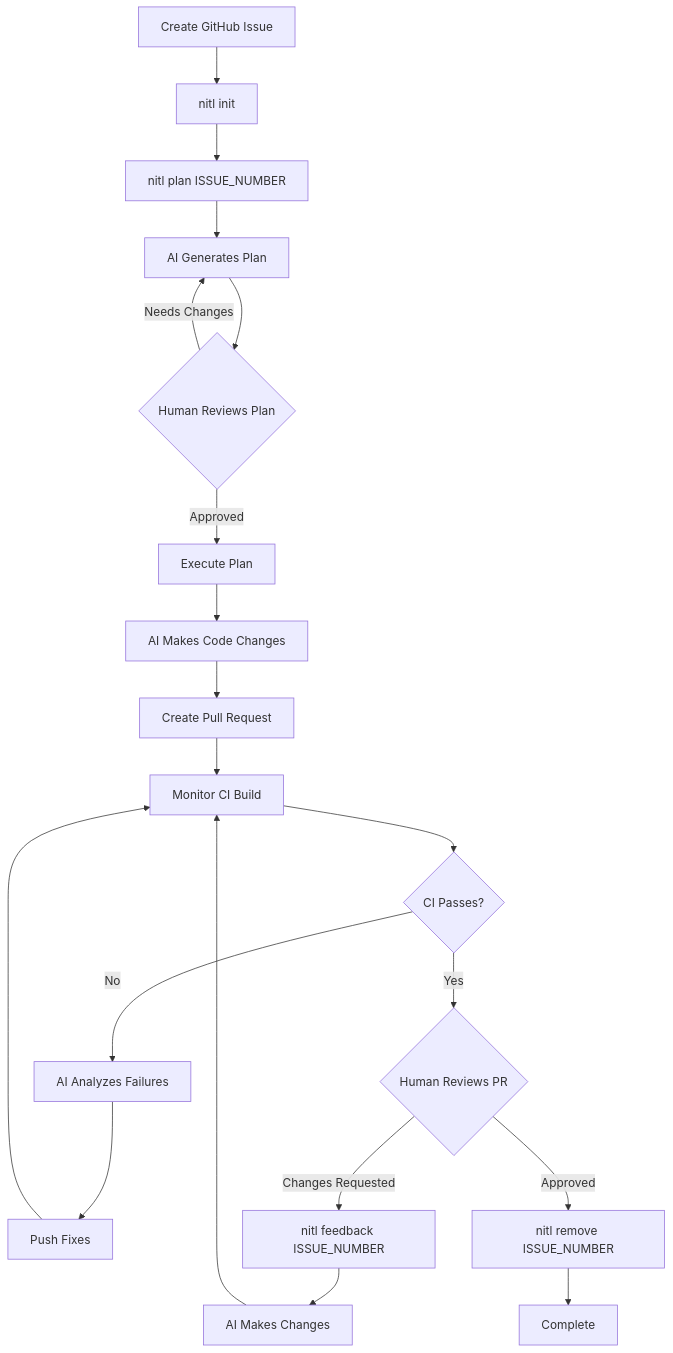
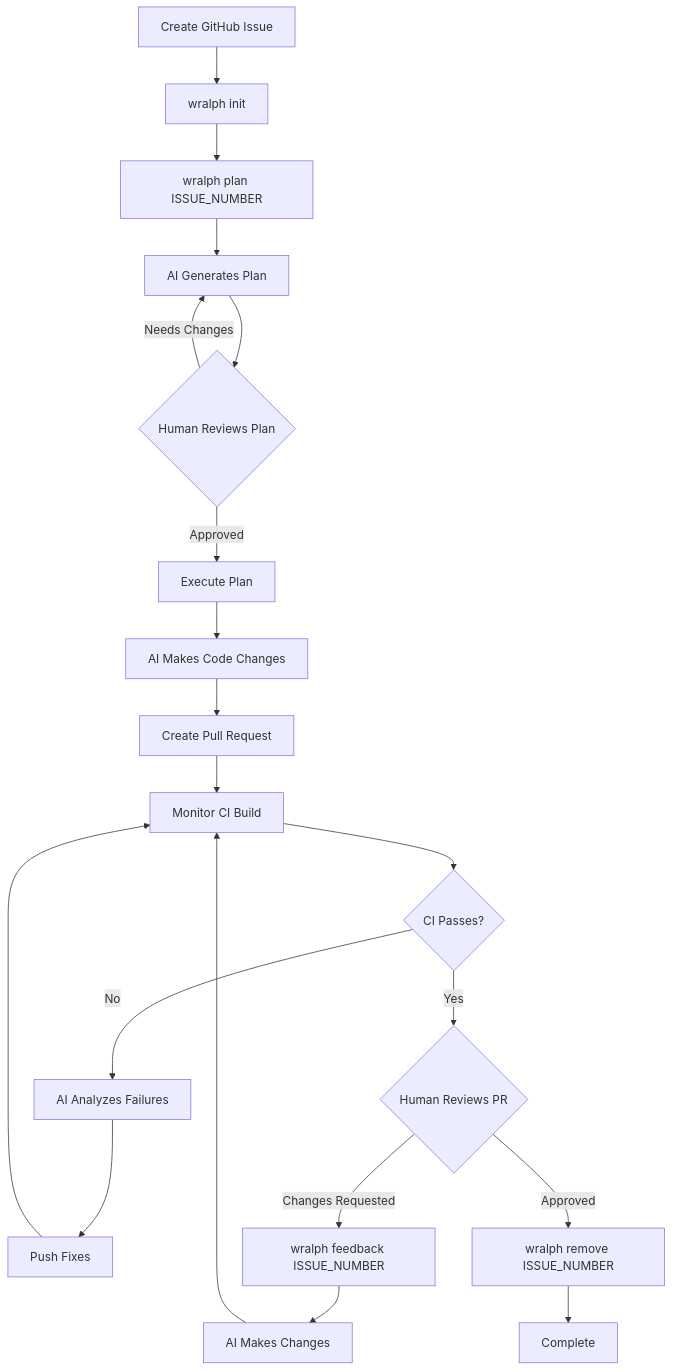
The diagram in README.md (niborg/wralph), drawn with Mermaid before and after one commit. The commit also changed other lines of this file and 56 other files, not shown here.

Commit message:
Change name from nitl to wralph

````diff
--- a/README.md
+++ b/README.md
@@ -11,22 +11,22 @@
 ```mermaid
 flowchart TD
-    Start[Create GitHub Issue] --> Init[nitl init]
-    Init --> Plan[nitl plan ISSUE_NUMBER]
+    Start[Create GitHub Issue] --> Init[wralph init]
+    Init --> Plan[wralph plan ISSUE_NUMBER]
     Plan --> PlanGen[AI Generates Plan]
     PlanGen --> Review{Human Reviews Plan}
     Review -->|Needs Changes| PlanGen
     Review -->|Approved| Execute[Execute Plan]
     Execute --> Code[AI Makes Code Changes]
     Code --> PR[Create Pull Request]
     PR --> CI[Monitor CI Build]
     CI --> CheckCI{CI Passes?}
     CheckCI -->|No| Fix[AI Analyzes Failures]
     Fix --> Push[Push Fixes]
     Push --> CI
     CheckCI -->|Yes| HumanReview{Human Reviews PR}
-    HumanReview -->|Changes Requested| Feedback[nitl feedback ISSUE_NUMBER]
+    HumanReview -->|Changes Requested| Feedback[wralph feedback ISSUE_NUMBER]
     Feedback --> Changes[AI Makes Changes]
     Changes --> CI
-    HumanReview -->|Approved| Cleanup[nitl remove ISSUE_NUMBER]
+    HumanReview -->|Approved| Cleanup[wralph remove ISSUE_NUMBER]
     Cleanup --> Done[Complete]
 ```
````
